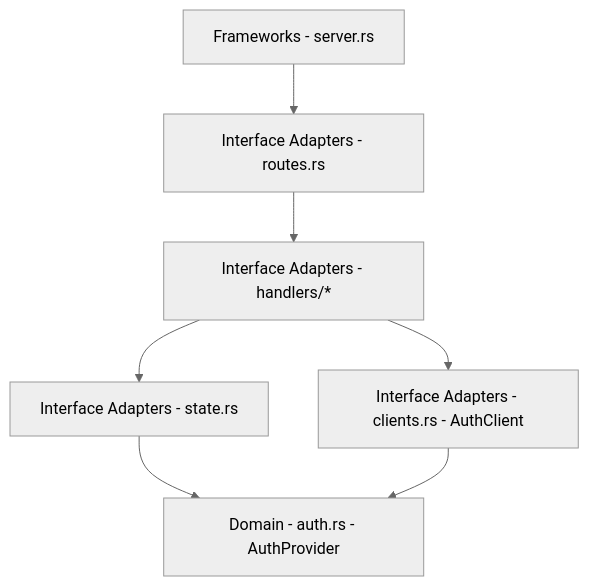
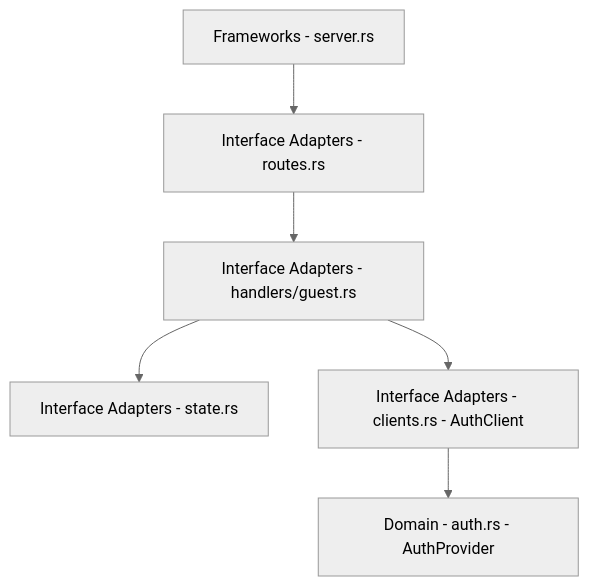
The diagram in head_server/README.md (MantasImb/jet_raiders), drawn with Mermaid (neutral theme) before and after one commit. The commit also changed other lines of this file and 23 other files, not shown here.

````diff
--- a/head_server/README.md
+++ b/head_server/README.md
@@ -3,9 +3,8 @@
 ```mermaid
 flowchart TD
     F[Frameworks - server.rs] --> R[Interface Adapters - routes.rs]
-    R --> H[Interface Adapters - handlers/*]
+    R --> H[Interface Adapters - handlers/guest.rs]
     H --> S[Interface Adapters - state.rs]
-    S --> D[Domain - auth.rs - AuthProvider]
     H --> C[Interface Adapters - clients.rs - AuthClient]
-    C --> D
+    C --> D[Domain - auth.rs - AuthProvider]
 ```
````
